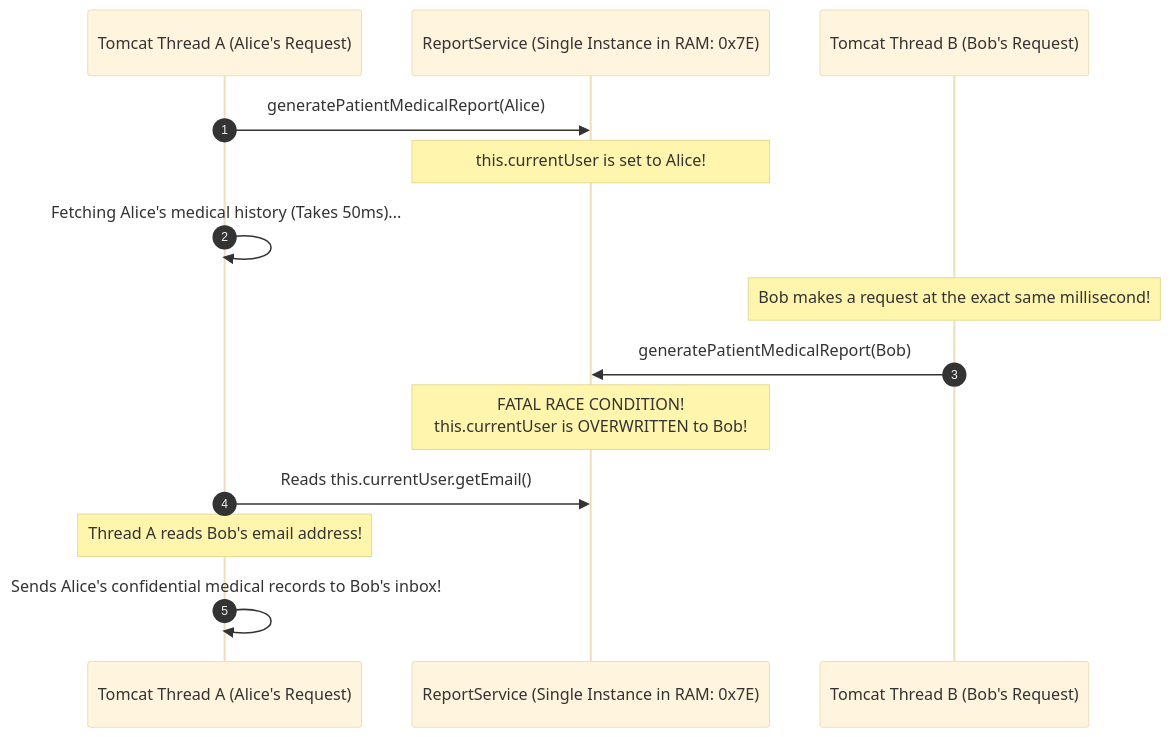
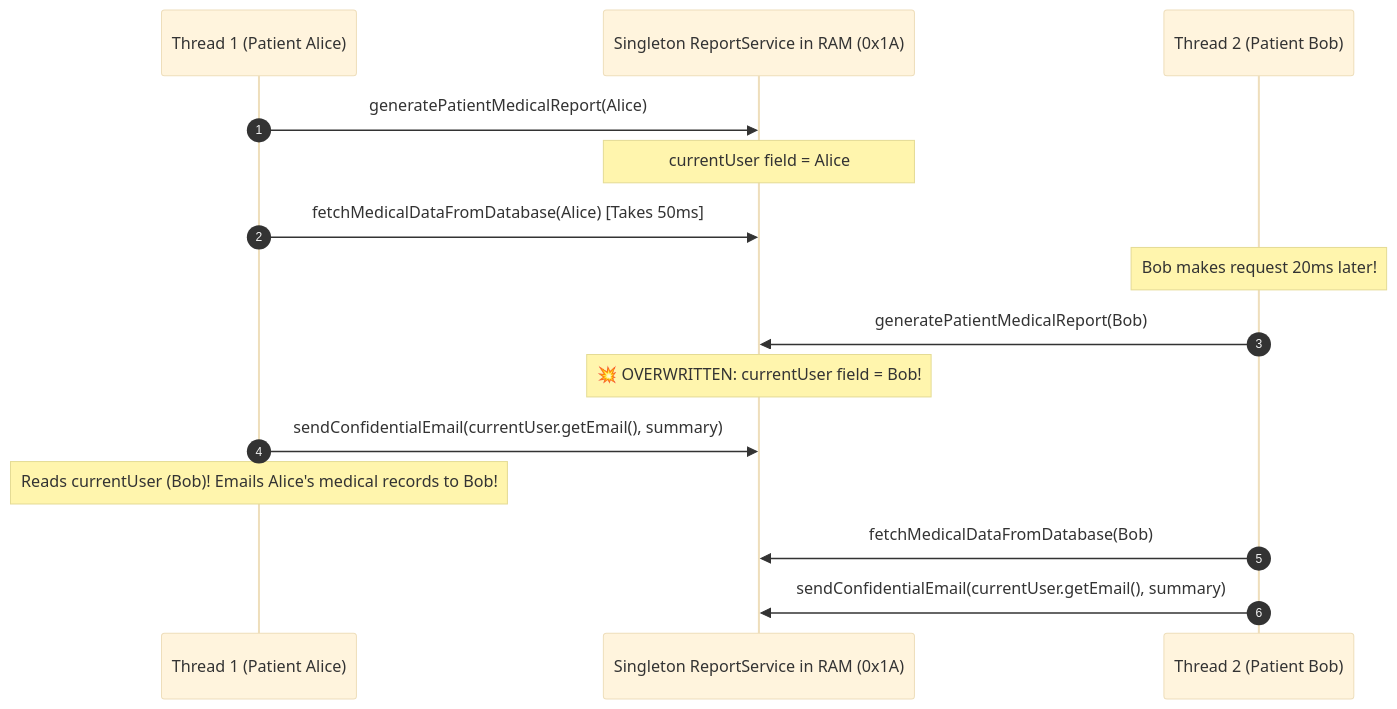
The third of 7 diagrams in docs/spring-boot/dependency-injection.mdx (weaponxwolf/backend-engineering-mastry), drawn with Mermaid (base theme) before and after one commit. The commit also changed other lines of this file and 11 other files, not shown here.

````diff
--- a/docs/spring-boot/dependency-injection.mdx
+++ b/docs/spring-boot/dependency-injection.mdx
@@ -100,17 +125,21 @@
 ```mermaid
 sequenceDiagram
     autonumber
-    participant ThreadA as Tomcat Thread A (Alice's Request)
-    participant Bean as ReportService (Single Instance in RAM: 0x7E)
-    participant ThreadB as Tomcat Thread B (Bob's Request)
+    participant T1 as Thread 1 (Patient Alice)
+    participant Bean as Singleton ReportService in RAM (0x1A)
+    participant T2 as Thread 2 (Patient Bob)
 
-    ThreadA->>Bean: generatePatientMedicalReport(Alice)
-    Note over Bean: this.currentUser is set to Alice!
-    ThreadA->>ThreadA: Fetching Alice's medical history (Takes 50ms)...
-    Note over ThreadB: Bob makes a request at the exact same millisecond!
-    ThreadB->>Bean: generatePatientMedicalReport(Bob)
-    Note over Bean: FATAL RACE CONDITION!<br/>this.currentUser is OVERWRITTEN to Bob!
-    ThreadA->>Bean: Reads this.currentUser.getEmail()
-    Note over ThreadA: Thread A reads Bob's email address!
-    ThreadA->>ThreadA: Sends Alice's confidential medical records to Bob's inbox!
+    T1->>Bean: generatePatientMedicalReport(Alice)
+    Note over Bean: currentUser field = Alice
+    T1->>Bean: fetchMedicalDataFromDatabase(Alice) [Takes 50ms]
+    
+    Note over T2: Bob makes request 20ms later!
+    T2->>Bean: generatePatientMedicalReport(Bob)
+    Note over Bean: 💥 OVERWRITTEN: currentUser field = Bob!
+    
+    T1->>Bean: sendConfidentialEmail(currentUser.getEmail(), summary)
+    Note over T1: Reads currentUser (Bob)! Emails Alice's medical records to Bob!
+    
+    T2->>Bean: fetchMedicalDataFromDatabase(Bob)
+    T2->>Bean: sendConfidentialEmail(currentUser.getEmail(), summary)
 ```
````
